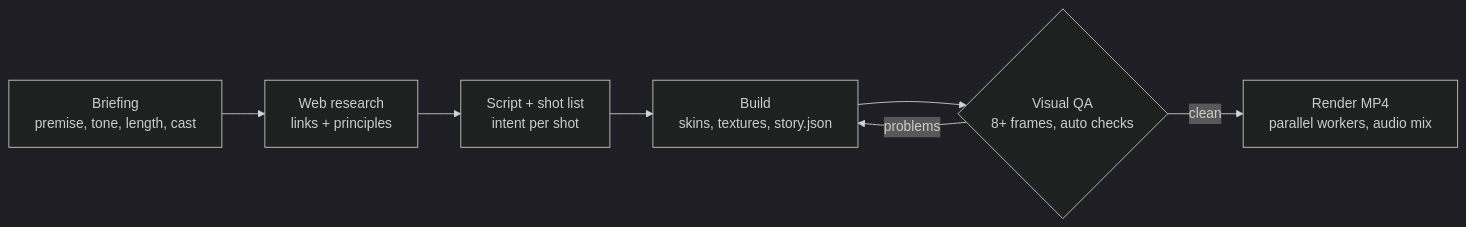
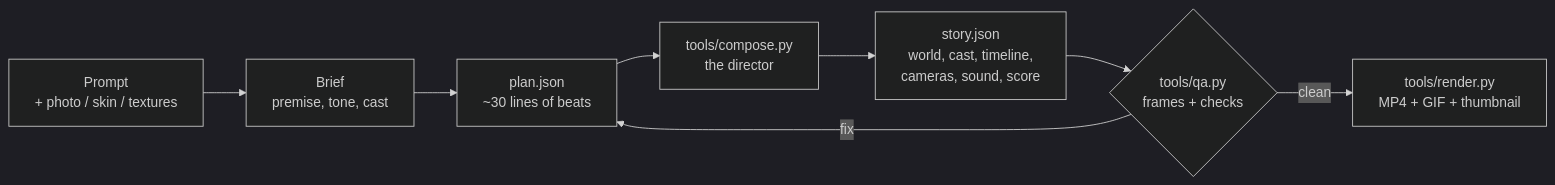
Before and after one commit to ViniciusNoetzold/mine-blockreel-skill: the diagram in README.md, drawn with Mermaid (dark theme). The commit also changed other lines of this file and 11 other files, not shown here.

````diff
--- a/README.md
+++ b/README.md
@@ -145,9 +97,10 @@
 ```mermaid
 flowchart LR
-  A[Briefing<br/>premise, tone, length, cast] --> B[Web research<br/>links + principles]
-  B --> C[Script + shot list<br/>intent per shot]
-  C --> D[Build<br/>skins, textures, story.json]
-  D --> E{Visual QA<br/>8+ frames, auto checks}
-  E -- problems --> D
-  E -- clean --> F[Render MP4<br/>parallel workers, audio mix]
+  P[Prompt<br/>+ photo / skin / textures] --> B[Brief<br/>premise, tone, cast]
+  B --> PL[plan.json<br/>~30 lines of beats]
+  PL --> C[tools/compose.py<br/>the director]
+  C --> S[story.json<br/>world, cast, timeline,<br/>cameras, sound, score]
+  S --> Q{tools/qa.py<br/>frames + checks}
+  Q -- fix --> PL
+  Q -- clean --> R[tools/render.py<br/>MP4 + GIF + thumbnail]
 ```
````
